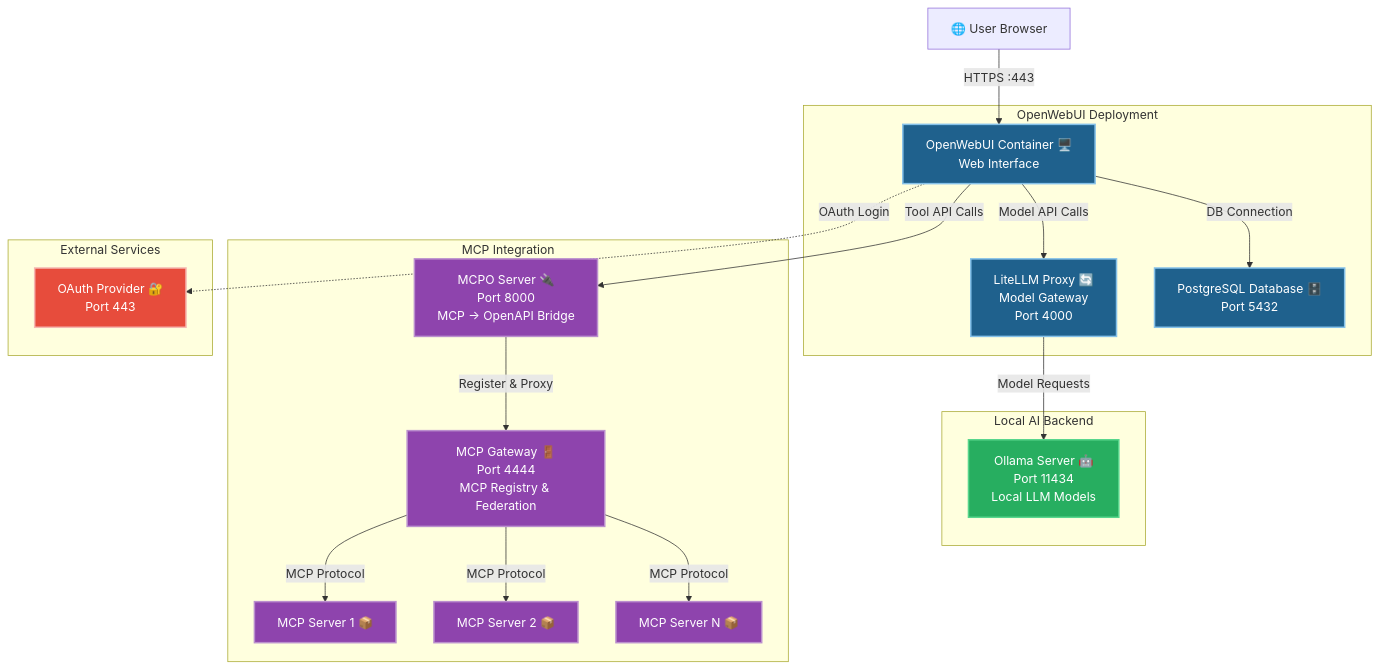
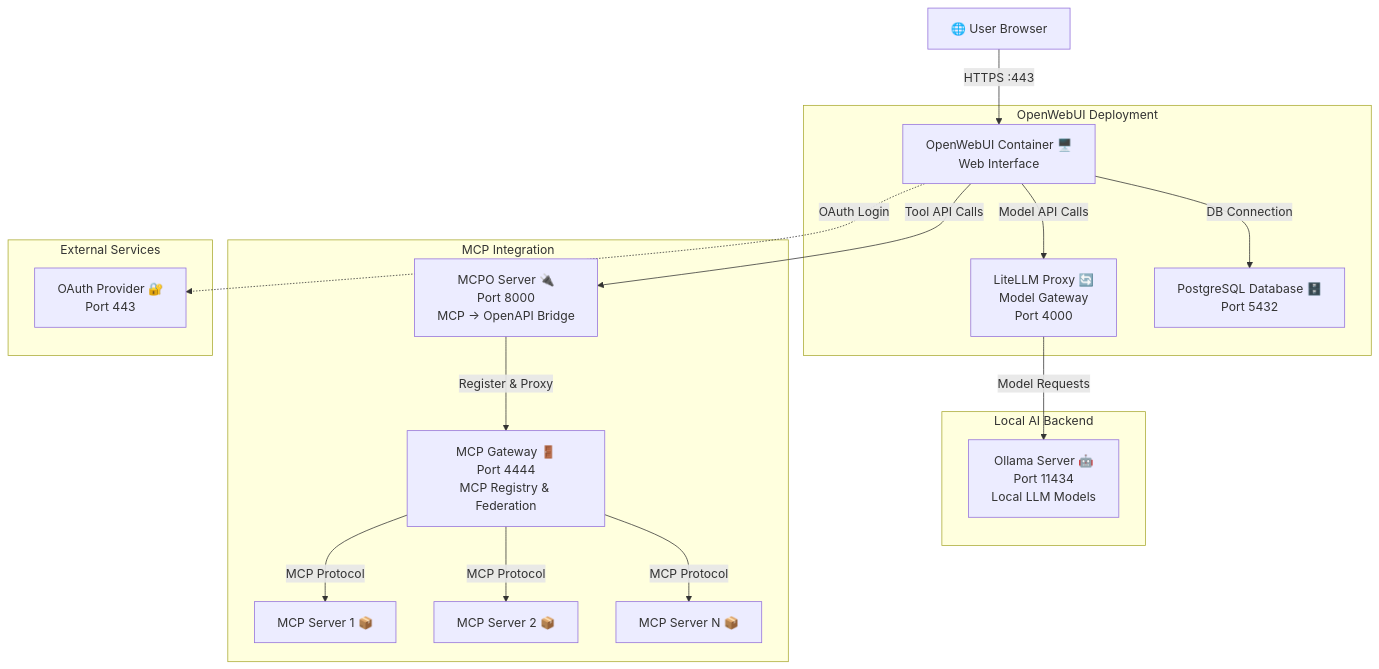
One commit to tedhabeck/mcp-context-forge changed the diagram in docs/docs/tutorials/openwebui-tutorial.md. Above: the diagram before and after it, drawn with Mermaid. The commit also changed 147 other files, not shown here.

First line of the commit message:
docs: refresh docs formatting, links, and diagrams (#2624)

````diff
--- a/docs/docs/tutorials/openwebui-tutorial.md
+++ b/docs/docs/tutorials/openwebui-tutorial.md
@@ -9,55 +9,45 @@
 ```mermaid
 flowchart TD
   %% User Interface
   U[🌐 User Browser] -->|HTTPS :443| OW
 
   %% Core Components
   subgraph "OpenWebUI Deployment"
     OW[OpenWebUI Container 🖥️<br/>Web Interface]
     LL[LiteLLM Proxy 🔄<br/>Model Gateway<br/>Port 4000]
     DB[PostgreSQL Database 🗄️<br/>Port 5432]
   end
 
   %% Local AI Backend
   subgraph "Local AI Backend"
     OL[Ollama Server 🤖<br/>Port 11434<br/>Local LLM Models]
   end
 
   %% MCP Integration Layer
   subgraph "MCP Integration"
     MCPO[MCPO Server 🔌<br/>Port 8000<br/>MCP → OpenAPI Bridge]
     MCG[MCP Gateway 🚪<br/>Port 4444<br/>MCP Registry & Federation]
     MCP1[MCP Server 1 📦]
     MCP2[MCP Server 2 📦]
     MCPN[MCP Server N 📦]
   end
 
   %% External Services
   subgraph "External Services"
     OP[OAuth Provider 🔐<br/>Port 443]
   end
 
   %% Connections
   OW -.->|"OAuth Login"| OP
   OW -->|"Model API Calls"| LL
   OW -->|"Tool API Calls"| MCPO
   OW -->|"DB Connection"| DB
 
   LL -->|"Model Requests"| OL
 
   MCPO -->|"Register & Proxy"| MCG
   MCG -->|"MCP Protocol"| MCP1
   MCG -->|"MCP Protocol"| MCP2
   MCG -->|"MCP Protocol"| MCPN
 
-  %% Styling
-  classDef deployment fill:#1F618D,stroke:#85C1E9,stroke-width:2px,color:#FFF;
-  classDef ai fill:#27AE60,stroke:#58D68D,stroke-width:2px,color:#FFF;
-  classDef mcp fill:#8E44AD,stroke:#BB8FCE,stroke-width:2px,color:#FFF;
-  classDef external fill:#E74C3C,stroke:#F5B7B1,stroke-width:2px,color:#FFF;
-
-  class OW,LL,DB deployment;
-  class OL ai;
-  class MCPO,MCG,MCP1,MCP2,MCPN mcp;
-  class OP external;
 ```
````
